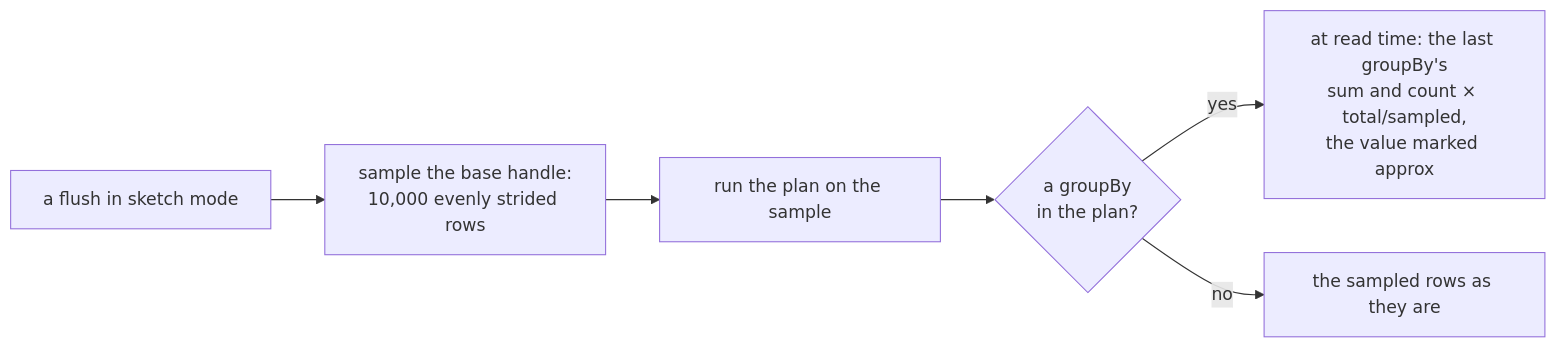
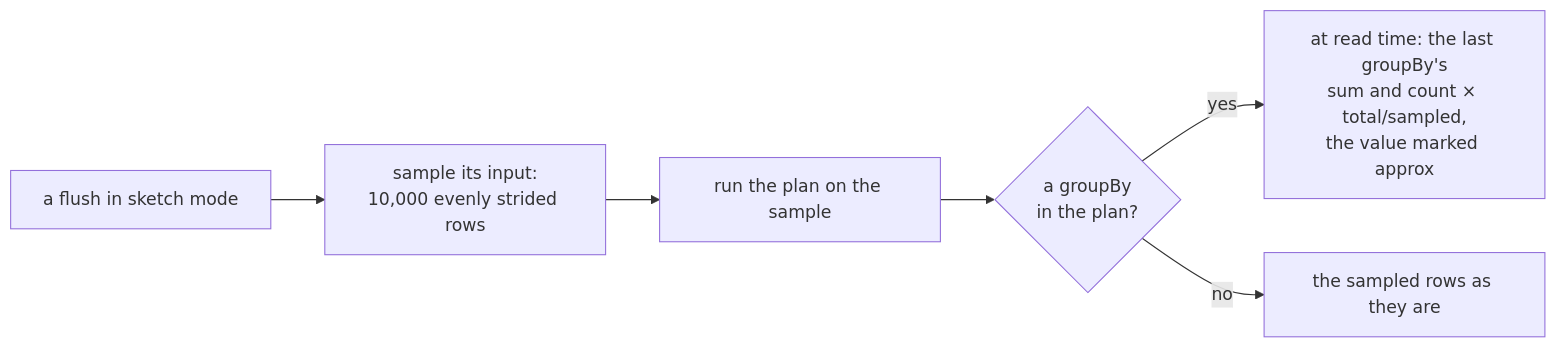
Before and after one commit to bubba8587/solenoid: the fourth of 4 diagrams in tree/specs/computation/frame-verbs.md, drawn with Mermaid. The commit also changed other lines of this file and 95 other files, not shown here.

````diff
--- a/tree/specs/computation/frame-verbs.md
+++ b/tree/specs/computation/frame-verbs.md
@@ -249,8 +229,8 @@
 ```mermaid
 flowchart LR
-    flush["a flush in sketch mode"] --> samp["sample the base handle:<br>10,000 evenly strided rows"]
+    flush["a flush in sketch mode"] --> samp["sample its input:<br>10,000 evenly strided rows"]
     samp --> run["run the plan on the sample"]
     run --> g{"a groupBy<br>in the plan?"}
     g -->|yes| scale["at read time: the last groupBy's<br>sum and count × total/sampled,<br>the value marked approx"]
     g -->|no| plain["the sampled rows as they are"]
 ```
````
